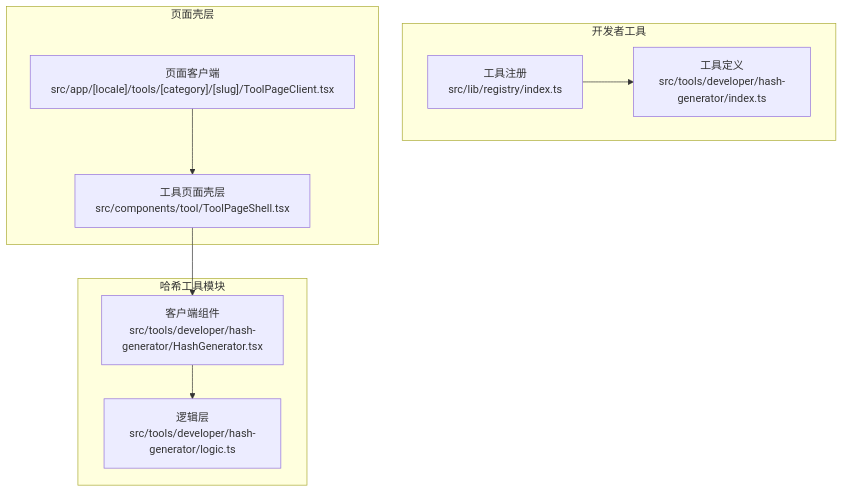
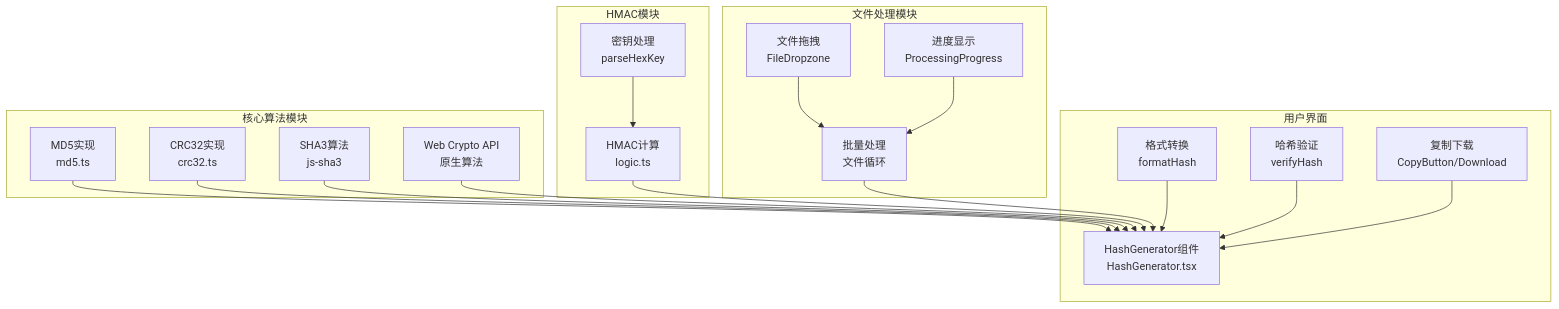
Before and after one commit to sgyy/privadeck: the first of 9 diagrams in .qoder/repowiki/zh/content/开发者工具/哈希生成工具.md, drawn with Mermaid. The commit also changed other lines of this file and 4 other files, not shown here.

````diff
--- a/.qoder/repowiki/zh/content/开发者工具/哈希生成工具.md
+++ b/.qoder/repowiki/zh/content/开发者工具/哈希生成工具.md
@@ -38,19 +55,36 @@
 ```mermaid
 graph TB
-subgraph "开发者工具"
-IDX["工具注册<br/>src/lib/registry/index.ts"]
-DEF["工具定义<br/>src/tools/developer/hash-generator/index.ts"]
+subgraph "核心算法模块"
+MD5["MD5实现<br/>md5.ts"]
+CRC32["CRC32实现<br/>crc32.ts"]
+SHA3["SHA3算法<br/>js-sha3"]
+WEB["Web Crypto API<br/>原生算法"]
 end
-subgraph "页面壳层"
-SHELL["工具页面壳层<br/>src/components/tool/ToolPageShell.tsx"]
-PAGE["页面客户端<br/>src/app/[locale]/tools/[category]/[slug]/ToolPageClient.tsx"]
+subgraph "HMAC模块"
+HMAC["HMAC计算<br/>logic.ts"]
+KEY["密钥处理<br/>parseHexKey"]
 end
-subgraph "哈希工具模块"
-UI["客户端组件<br/>src/tools/developer/hash-generator/HashGenerator.tsx"]
-LOGIC["逻辑层<br/>src/tools/developer/hash-generator/logic.ts"]
+subgraph "文件处理模块"
+DROP["文件拖拽<br/>FileDropzone"]
+PROGRESS["进度显示<br/>ProcessingProgress"]
+BATCH["批量处理<br/>文件循环"]
 end
-IDX --> DEF
-PAGE --> SHELL
-SHELL --> UI
-UI --> LOGIC
+subgraph "用户界面"
+UI["HashGenerator组件<br/>HashGenerator.tsx"]
+FORMAT["格式转换<br/>formatHash"]
+VERIFY["哈希验证<br/>verifyHash"]
+COPY["复制下载<br/>CopyButton/Download"]
+end
+MD5 --> UI
+CRC32 --> UI
+SHA3 --> UI
+WEB --> UI
+HMAC --> UI
+KEY --> HMAC
+DROP --> BATCH
+PROGRESS --> BATCH
+BATCH --> UI
+FORMAT --> UI
+VERIFY --> UI
+COPY --> UI
 ```
````
